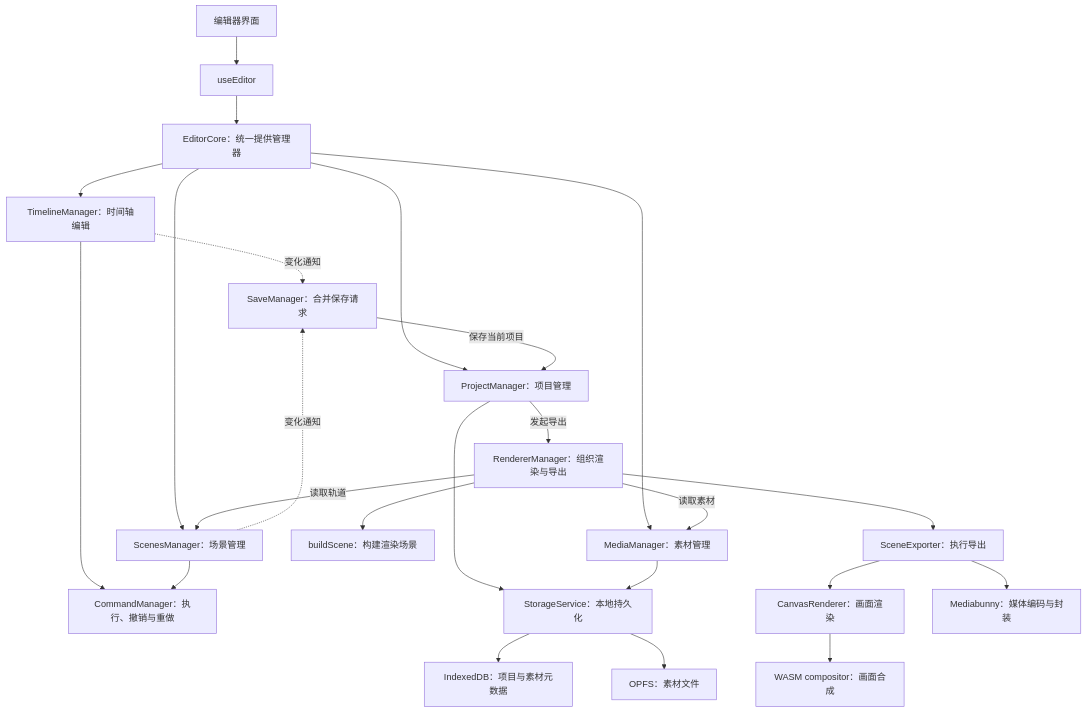
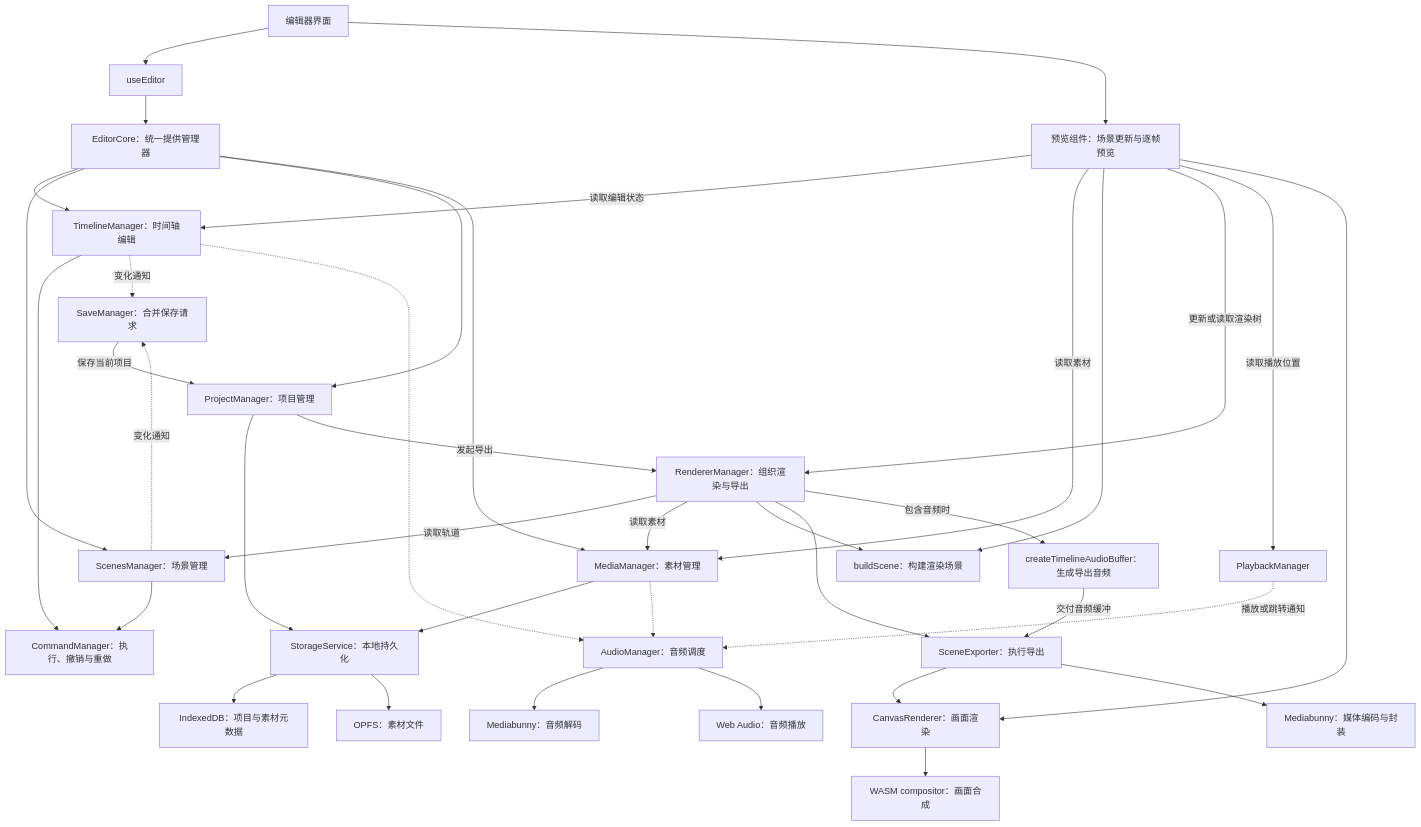
The first of 4 diagrams in docs/research-report.md (TiAmoLovee/video-editor-research), drawn with Mermaid before and after one commit. The commit also changed other lines of this file, not shown here.

````diff
--- a/docs/research-report.md
+++ b/docs/research-report.md
@@ -138,31 +138,46 @@
 ```mermaid
 flowchart TD
     UI["编辑器界面"] --> Hook["useEditor"]
     Hook --> Core["EditorCore：统一提供管理器"]
 
     Core --> Timeline["TimelineManager：时间轴编辑"]
     Core --> Scenes["ScenesManager：场景管理"]
     Core --> Project["ProjectManager：项目管理"]
     Core --> Media["MediaManager：素材管理"]
 
     Timeline --> Commands["CommandManager：执行、撤销与重做"]
     Scenes --> Commands
 
     Timeline -.->|变化通知| Save["SaveManager：合并保存请求"]
     Scenes -.->|变化通知| Save
     Save -->|保存当前项目| Project
 
     Project --> Storage["StorageService：本地持久化"]
     Media --> Storage
     Storage --> IDB["IndexedDB：项目与素材元数据"]
     Storage --> OPFS["OPFS：素材文件"]
 
     Project -->|发起导出| Renderer["RendererManager：组织渲染与导出"]
     Renderer -->|读取轨道| Scenes
     Renderer -->|读取素材| Media
     Renderer --> Builder["buildScene：构建渲染场景"]
     Renderer --> Exporter["SceneExporter：执行导出"]
     Exporter --> Canvas["CanvasRenderer：画面渲染"]
     Canvas --> WASM["WASM compositor：画面合成"]
     Exporter --> Bunny["Mediabunny：媒体编码与封装"]
+
+    UI --> Preview["预览组件：场景更新与逐帧预览"]
+    Preview -->|读取编辑状态| Timeline
+    Preview -->|读取素材| Media
+    Preview --> Builder
+    Preview -->|更新或读取渲染树| Renderer
+    Preview -->|读取播放位置| Playback["PlaybackManager"]
+    Preview --> Canvas
+    Playback -.->|播放或跳转通知| Audio["AudioManager：音频调度"]
+    Timeline -.-> Audio
+    Media -.-> Audio
+    Audio --> Decode["Mediabunny：音频解码"]
+    Audio --> WebAudio["Web Audio：音频播放"]
+    Renderer -->|包含音频时| AudioBuffer["createTimelineAudioBuffer：生成导出音频"]
+    AudioBuffer -->|交付音频缓冲| Exporter
 ```
````
